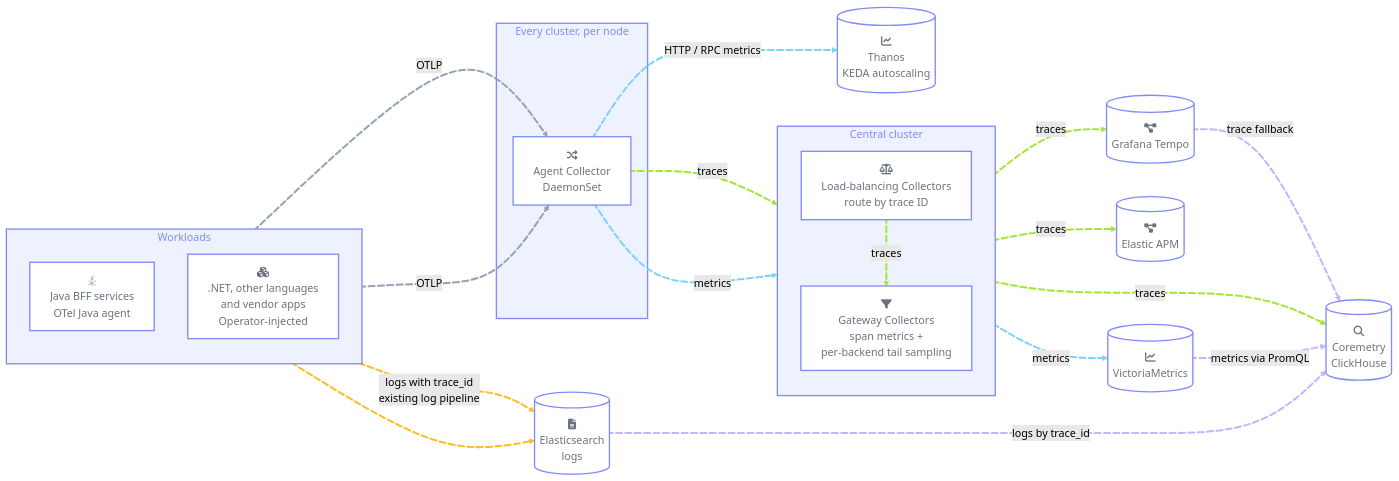
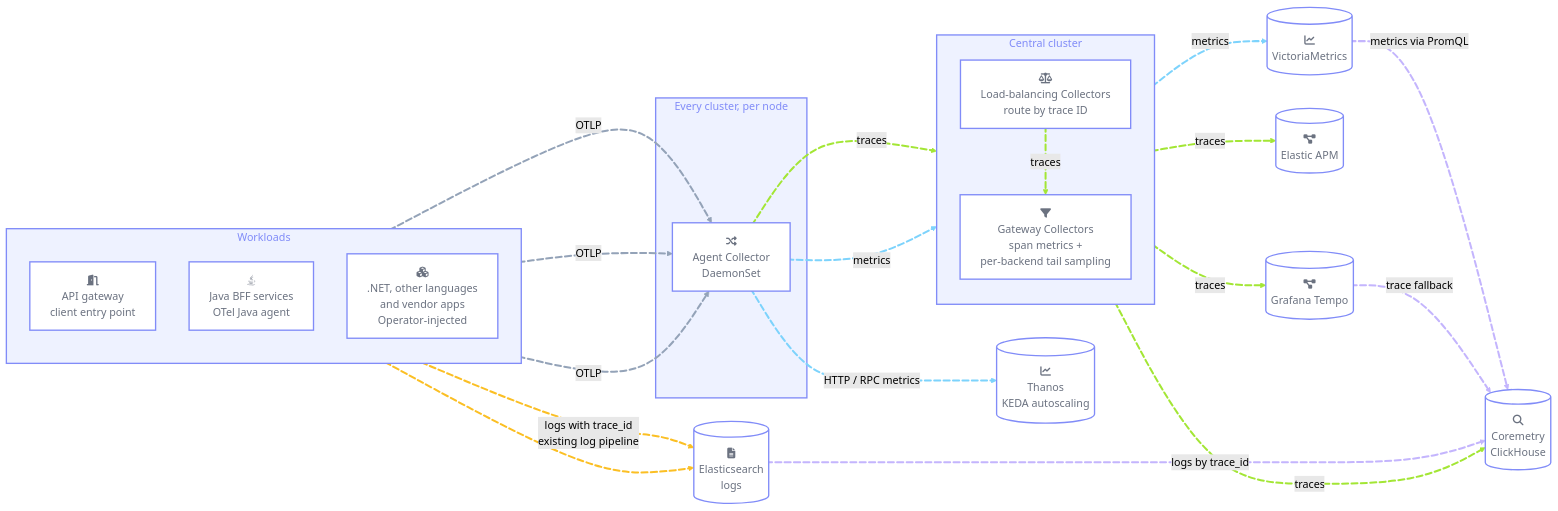
Before and after one commit to open-telemetry/opentelemetry.io: the diagram in content/en/docs/guidance/reference-implementations/akbank/index.md, drawn with Mermaid (forest theme). The commit also changed other lines of this file, not shown here.

Commit message:
Akbank reference implementation: API gateway is instrumented, traces run from the gateway to Oracle, Db2 and SQL Server

````diff
--- a/content/en/docs/guidance/reference-implementations/akbank/index.md
+++ b/content/en/docs/guidance/reference-implementations/akbank/index.md
@@ -157,70 +161,73 @@
 ```mermaid
 ---
 config:
   flowchart:
     curve: basis
 ---
 flowchart LR
   subgraph Workloads["Workloads"]
     direction TB
+    GW["fa:fa-door-open<br/>API gateway<br/>client entry point"]:::node
     J["fab:fa-java<br/>Java BFF services<br/>OTel Java agent"]:::node
     N["fa:fa-cubes<br/>.NET, other languages<br/>and vendor apps<br/>Operator-injected"]:::node
   end
   subgraph edge["Every cluster, per node"]
     A["fa:fa-shuffle<br/>Agent Collector<br/>DaemonSet"]:::node
   end
   subgraph central["Central cluster"]
     direction TB
     LB["fa:fa-scale-balanced<br/>Load-balancing Collectors<br/>route by trace ID"]:::node
     G["fa:fa-filter<br/>Gateway Collectors<br/>span metrics +<br/>per-backend tail sampling"]:::node
   end
   K[("fa:fa-chart-line<br/>Thanos<br/>KEDA autoscaling")]:::store
   T[("fa:fa-diagram-project<br/>Grafana Tempo")]:::store
   EA[("fa:fa-diagram-project<br/>Elastic APM")]:::store
   C[("fa:fa-magnifying-glass<br/>Coremetry<br/>ClickHouse")]:::store
   M[("fa:fa-chart-line<br/>VictoriaMetrics")]:::store
   E[("fa:fa-file-lines<br/>Elasticsearch<br/>logs")]:::store
 
   J L_J_A@== OTLP ==> A
   N L_N_A@== OTLP ==> A
   A L_A_LB@== traces ==> LB
   LB L_LB_G@== traces ==> G
   A L_A_G@== metrics ==> G
   A L_A_K@== "HTTP / RPC metrics" ==> K
   G L_G_T@== traces ==> T
   G L_G_EA@== traces ==> EA
   G L_G_C@== traces ==> C
   G L_G_M@== metrics ==> M
   M L_M_C@-. "metrics via PromQL" .-> C
   J L_J_E@-. "logs with trace_id<br/>existing log pipeline" .-> E
   N L_N_E@-.-> E
   T L_T_C@-. "trace fallback" .-> C
   E L_E_C@-. "logs by trace_id" .-> C
+  GW L_GW_A@== OTLP ==> A
 
   classDef node fill:#ffffff, stroke:#818cf8, stroke-width:2px, color:#6b7280
   classDef store fill:#ffffff, stroke:#818cf8, stroke-width:2px, color:#6b7280
   style Workloads fill:#eef2ff, stroke:#818cf8, stroke-width:2px, color:#818cf8
   style edge fill:#eef2ff, stroke:#818cf8, stroke-width:2px, color:#818cf8
   style central fill:#eef2ff, stroke:#818cf8, stroke-width:2px, color:#818cf8
-  linkStyle 0,1 stroke:#94a3b8, fill:none, stroke-width:3px
+  linkStyle 0,1,15 stroke:#94a3b8, fill:none, stroke-width:3px
   linkStyle 2,3,6,7,8 stroke:#a3e635, fill:none, stroke-width:3px
   linkStyle 4,5,9 stroke:#7dd3fc, fill:none, stroke-width:3px
   linkStyle 11,12 stroke:#fbbf24, fill:none, stroke-width:3px
   linkStyle 10,13,14 stroke:#c4b5fd, fill:none, stroke-width:3px
 
   L_J_A@{ animation: fast }
   L_N_A@{ animation: fast }
   L_A_LB@{ animation: fast }
   L_LB_G@{ animation: fast }
   L_A_G@{ animation: fast }
   L_A_K@{ animation: fast }
   L_G_T@{ animation: fast }
   L_G_EA@{ animation: fast }
   L_G_C@{ animation: fast }
   L_G_M@{ animation: fast }
   L_M_C@{ animation: slow }
   L_J_E@{ animation: slow }
   L_N_E@{ animation: slow }
   L_T_C@{ animation: slow }
   L_E_C@{ animation: slow }
+  L_GW_A@{ animation: fast }
 ```
````
